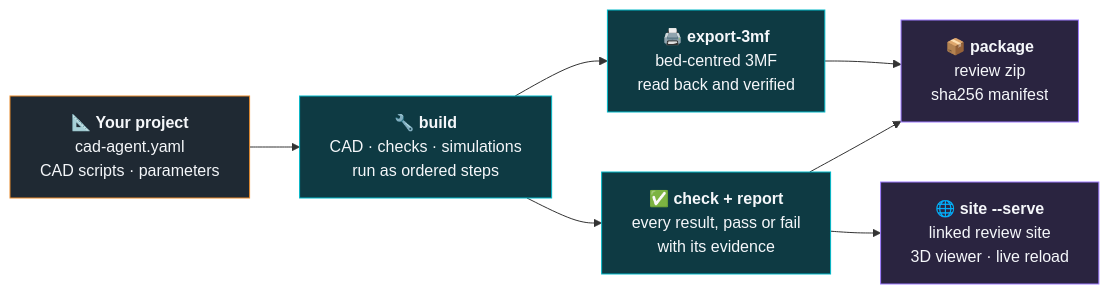
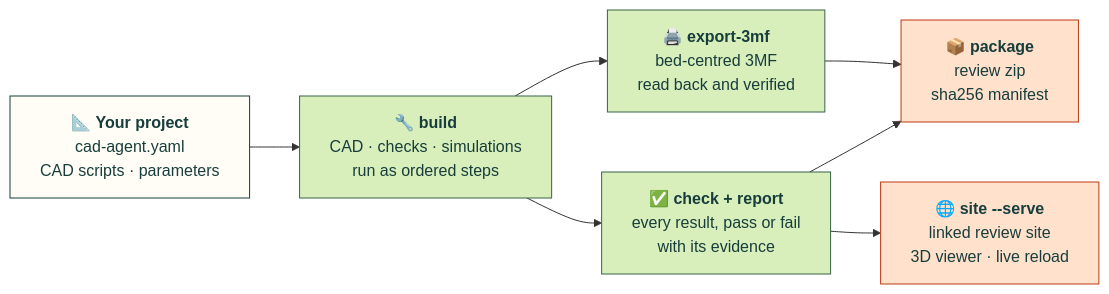
The second of 3 diagrams in README.md (Valpatel/cad-agent), drawn with Mermaid before and after one commit. The commit also changed other lines of this file, not shown here.

````diff
--- a/README.md
+++ b/README.md
@@ -24,18 +71,18 @@
 ```mermaid
 flowchart LR
     P["📐 <b>Your project</b><br/>cad-agent.yaml<br/>CAD scripts · parameters"]
     B["🔧 <b>build</b><br/>CAD · checks · simulations<br/>run as ordered steps"]
     M["🖨️ <b>export-3mf</b><br/>bed-centred 3MF<br/>read back and verified"]
     R["✅ <b>check + report</b><br/>every result, pass or fail<br/>with its evidence"]
     Z["📦 <b>package</b><br/>review zip<br/>sha256 manifest"]
     W["🌐 <b>site --serve</b><br/>linked review site<br/>3D viewer · live reload"]
     P --> B --> M --> Z
     B --> R --> Z
     R --> W
-    classDef src fill:#1f2933,stroke:#e8892b,color:#f5f7fa
-    classDef step fill:#0e3a43,stroke:#00b8c8,color:#f5f7fa
-    classDef out fill:#2a2440,stroke:#9d7bff,color:#f5f7fa
+    classDef src fill:#fffdf5,stroke:#173d3c,color:#173d3c
+    classDef step fill:#d8efbb,stroke:#386248,color:#173d3c
+    classDef out fill:#ffe1cc,stroke:#bd3a12,color:#173d3c
     class P src
     class B,M,R step
     class Z,W out
 ```
````
